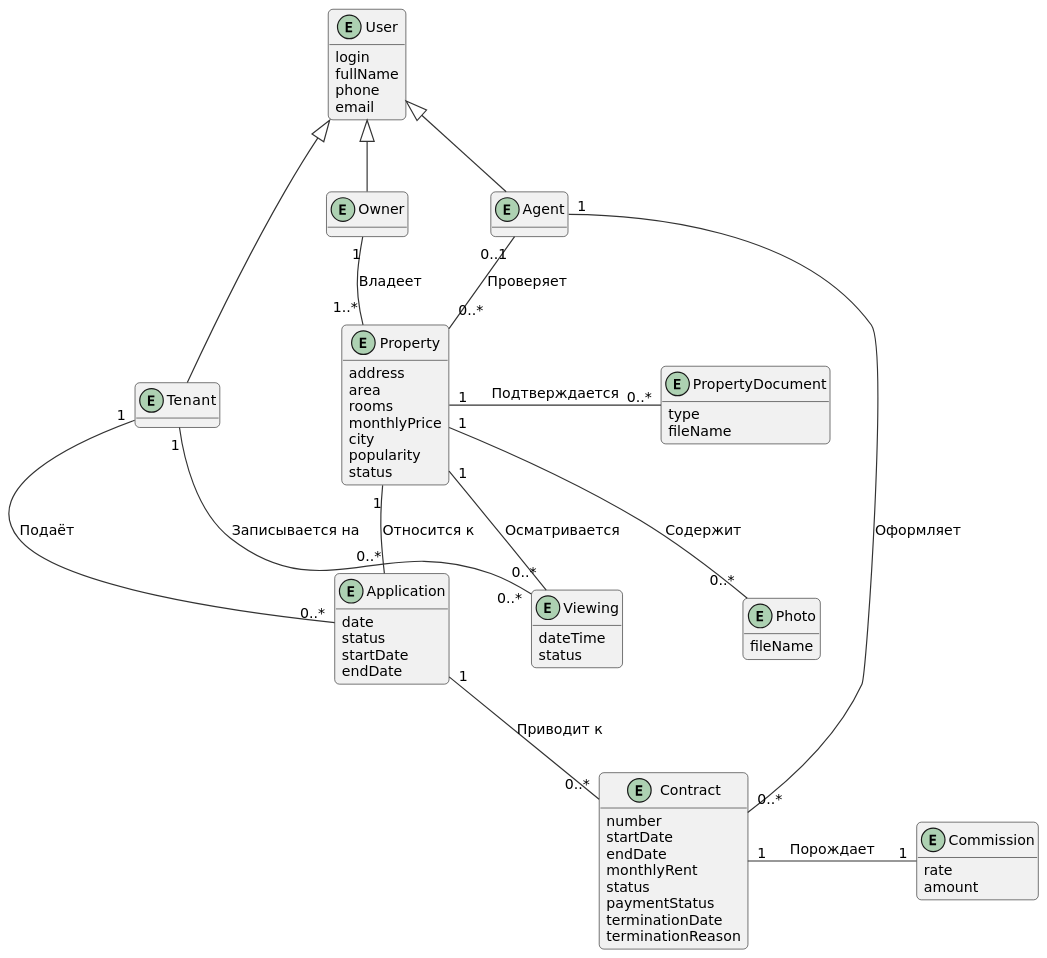
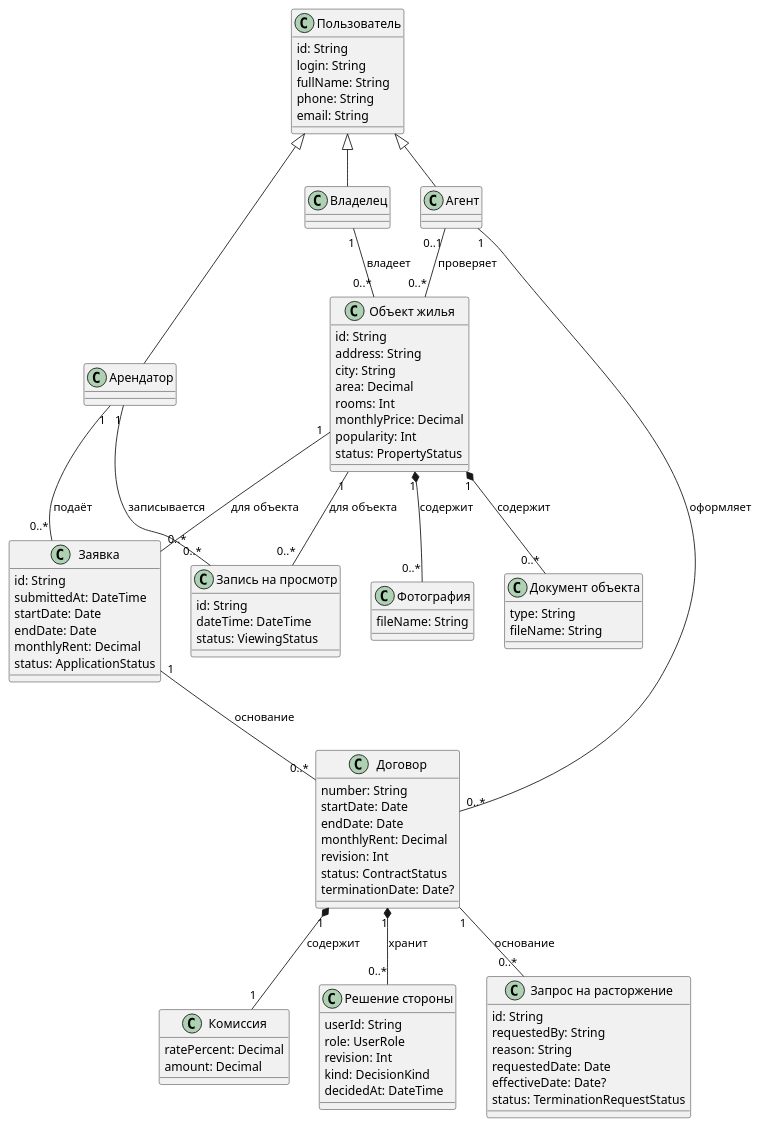
Before and after one commit to penamarth/bsbo-11-24_team2_var8_rentagency: the diagram in МодельПредметОбласть.md, drawn with PlantUML. The commit also changed other lines of this file and 5 other files, not shown here.

````diff
--- a/МодельПредметОбласть.md
+++ b/МодельПредметОбласть.md
@@ -39,80 +24,96 @@
 ```plantuml
 @startuml
-skinparam defaultFontName DejaVu Sans
-skinparam defaultFontSize 12
-skinparam shadowing false
-skinparam dpi 130
-skinparam roundCorner 8
-skinparam ArrowColor #333333
-skinparam backgroundColor white
-skinparam nodesep 70
-hide methods
+skinparam classAttributeIconSize 0
+class "Пользователь" as User {
+  id: String
+  login: String
+  fullName: String
+  phone: String
+  email: String
+}
+class "Фотография" as Photo {
+  fileName: String
+}
+class "Документ объекта" as PropertyDocument {
+  type: String
+  fileName: String
+}
+class "Владелец" as Owner {
+}
+class "Арендатор" as Tenant {
+}
+class "Агент" as Agent {
+}
+class "Объект жилья" as Property {
+  id: String
+  address: String
+  city: String
+  area: Decimal
+  rooms: Int
+  monthlyPrice: Decimal
+  popularity: Int
+  status: PropertyStatus
+}
+class "Запись на просмотр" as Viewing {
+  id: String
+  dateTime: DateTime
+  status: ViewingStatus
+}
+class "Заявка" as Application {
+  id: String
+  submittedAt: DateTime
+  startDate: Date
+  endDate: Date
+  monthlyRent: Decimal
+  status: ApplicationStatus
+}
+class "Договор" as Contract {
+  number: String
+  startDate: Date
+  endDate: Date
+  monthlyRent: Decimal
+  revision: Int
+  status: ContractStatus
+  terminationDate: Date?
+}
+class "Комиссия" as Commission {
+  ratePercent: Decimal
+  amount: Decimal
+}
+class "Решение стороны" as PartyDecision {
+  userId: String
+  role: UserRole
+  revision: Int
+  kind: DecisionKind
+  decidedAt: DateTime
+}
+class "Запрос на расторжение" as TerminationRequest {
+  id: String
+  requestedBy: String
+  reason: String
+  requestedDate: Date
+  effectiveDate: Date?
+  status: TerminationRequestStatus
+}
+Owner "1" -- "0..*" Property : владеет
+Tenant "1" -- "0..*" Viewing : записывается
+Property "1" -- "0..*" Viewing : для объекта
+Tenant "1" -- "0..*" Application : подаёт
+Property "1" -- "0..*" Application : для объекта
+Application "1" -- "0..*" Contract : основание
+Agent "1" -- "0..*" Contract : оформляет
+Contract "1" *-- "1" Commission : содержит
+Contract "1" *-- "0..*" PartyDecision : хранит
+Contract "1" -- "0..*" TerminationRequest : основание
 
-entity User {
-    login
-    fullName
-    phone
-    email
-}
-entity Tenant
-entity Owner
-entity Agent
+User <|-- Owner
+User <|-- Tenant
+User <|-- Agent
 
-entity Property {
-    address
-    area
-    rooms
-    monthlyPrice
-    city
-    popularity
-    status
-}
-entity Photo {
-    fileName
-}
-entity PropertyDocument {
-    type
-    fileName
-}
-entity Application {
-    date
-    status
-    startDate
-    endDate
-}
-entity Viewing {
-    dateTime
-    status
-}
-entity Contract {
-    number
-    startDate
-    endDate
-    monthlyRent
-    status
-    paymentStatus
-    terminationDate
-    terminationReason
-}
-entity Commission {
-    rate
-    amount
-}
+Agent "0..1" -- "0..*" Property : проверяет
+Property "1" *-- "0..*" Photo : содержит
+Property "1" *-- "0..*" PropertyDocument : содержит
 
-Tenant -up-|> User
-Owner -up-|> User
-Agent -up-|> User
 
-Owner "1" -down- "1..*" Property : Владеет
-Property "1" -right- "0..*" PropertyDocument : Подтверждается
-Property "1" -down- "0..*" Photo : Содержит
-Agent "0..1" -down- "0..*" Property : Проверяет
-Tenant "1" -down- "0..*" Application : Подаёт
-Application "0..*" -up- "1" Property : Относится к
-Tenant "1" -down- "0..*" Viewing : Записывается на
-Viewing "0..*" -up- "1" Property : Осматривается
-Application "1" -down- "0..*" Contract : Приводит к
-Agent "1" -down- "0..*" Contract : Оформляет
-Contract "1" -right- "1" Commission : Порождает
 @enduml
 ```
````
